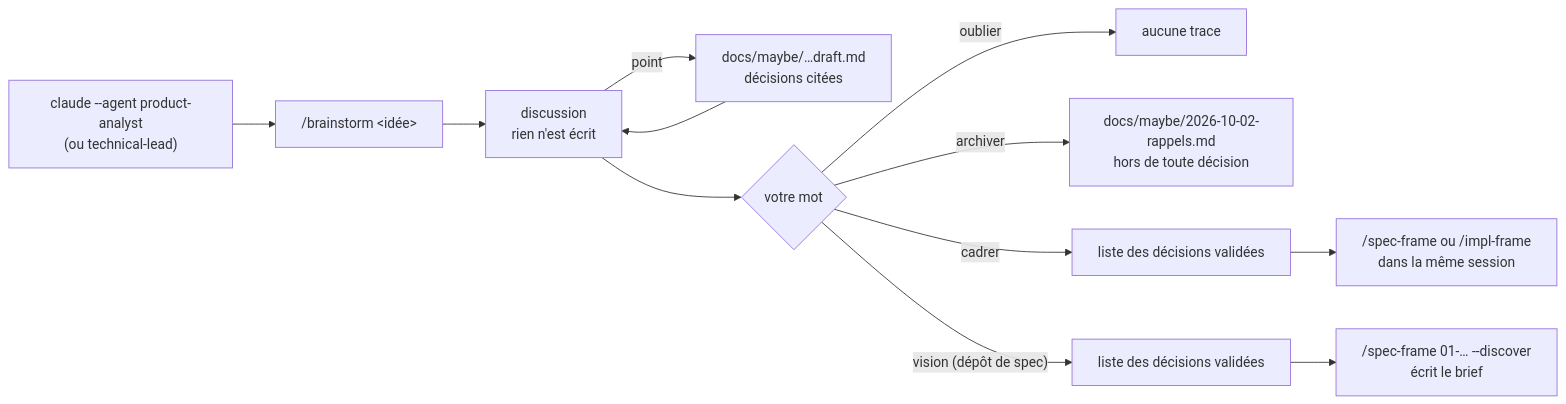
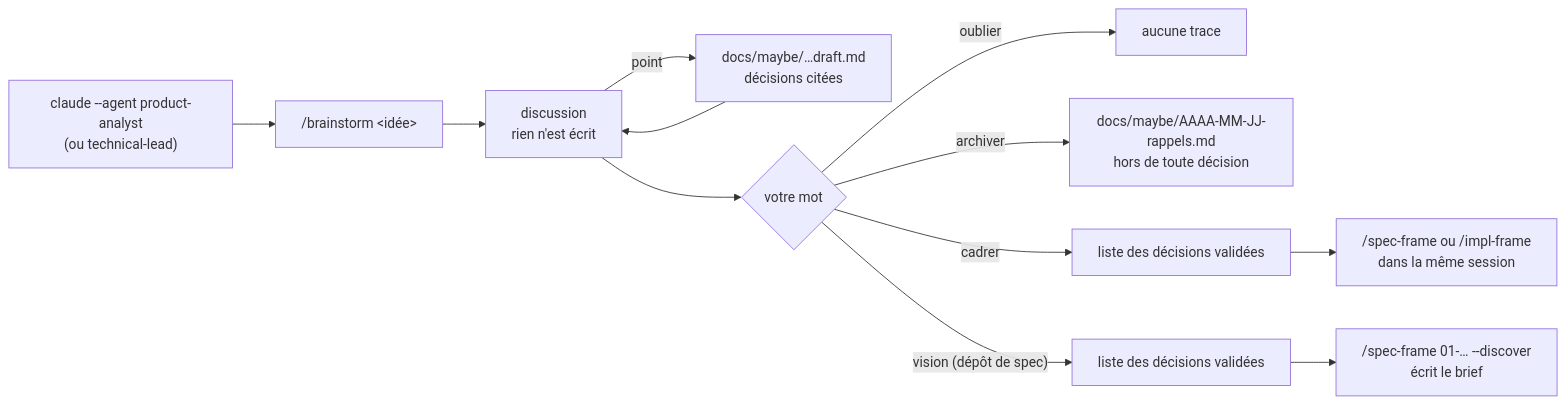
Before and after one commit to peugene/delivery-method: the second of 6 diagrams in docs/guide.md, drawn with Mermaid. The commit also changed other lines of this file and 7 other files, not shown here.

````diff
--- a/docs/guide.md
+++ b/docs/guide.md
@@ -96,14 +96,14 @@
 ```mermaid
 flowchart LR
     S["claude --agent product-analyst<br/>(ou technical-lead)"] --> A["/brainstorm &lt;idée&gt;"]
     A --> B[discussion<br/>rien n'est écrit]
     B -- point --> P["docs/maybe/…draft.md<br/>décisions citées"]
     P --> B
     B --> C{votre mot}
     C -- oublier --> D[aucune trace]
-    C -- archiver --> E["docs/maybe/2026-10-02-rappels.md<br/>hors de toute décision"]
+    C -- archiver --> E["docs/maybe/AAAA-MM-JJ-rappels.md<br/>hors de toute décision"]
     C -- cadrer --> F["liste des décisions validées"]
     F --> G["/spec-frame ou /impl-frame<br/>dans la même session"]
     C -- "vision (dépôt de spec)" --> V["liste des décisions validées"]
     V --> W["/spec-frame 01-… --discover<br/>écrit le brief"]
 ```
````
